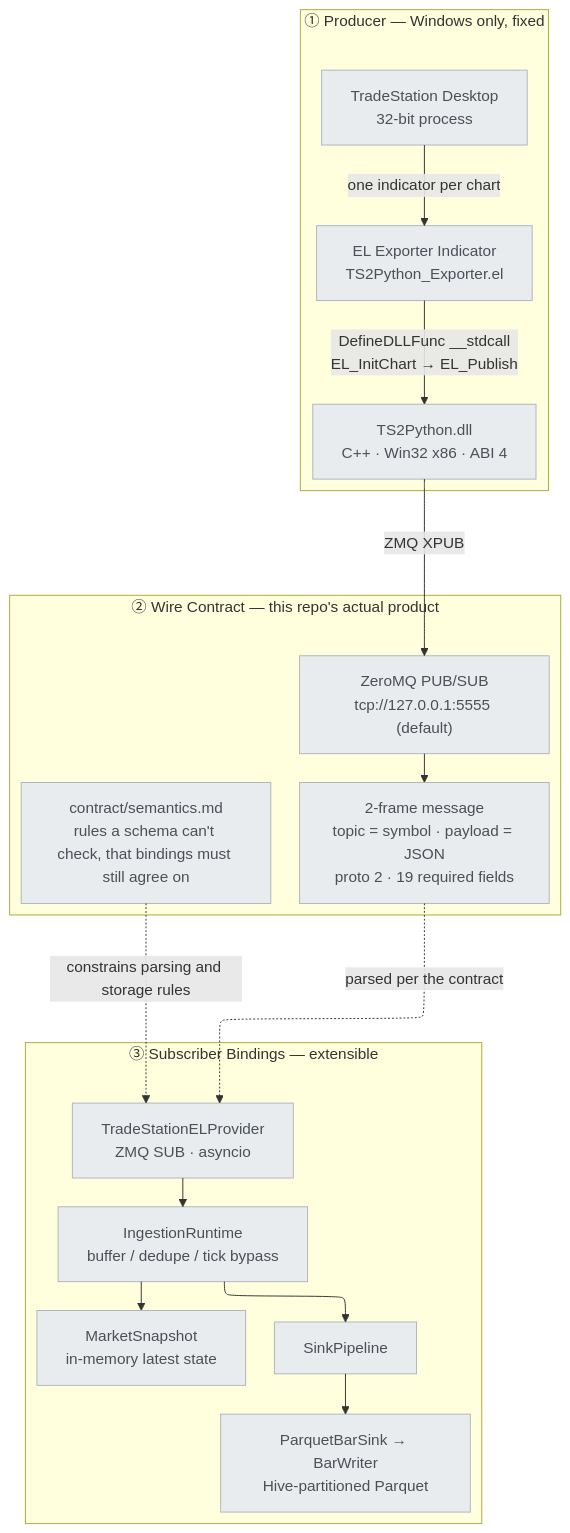
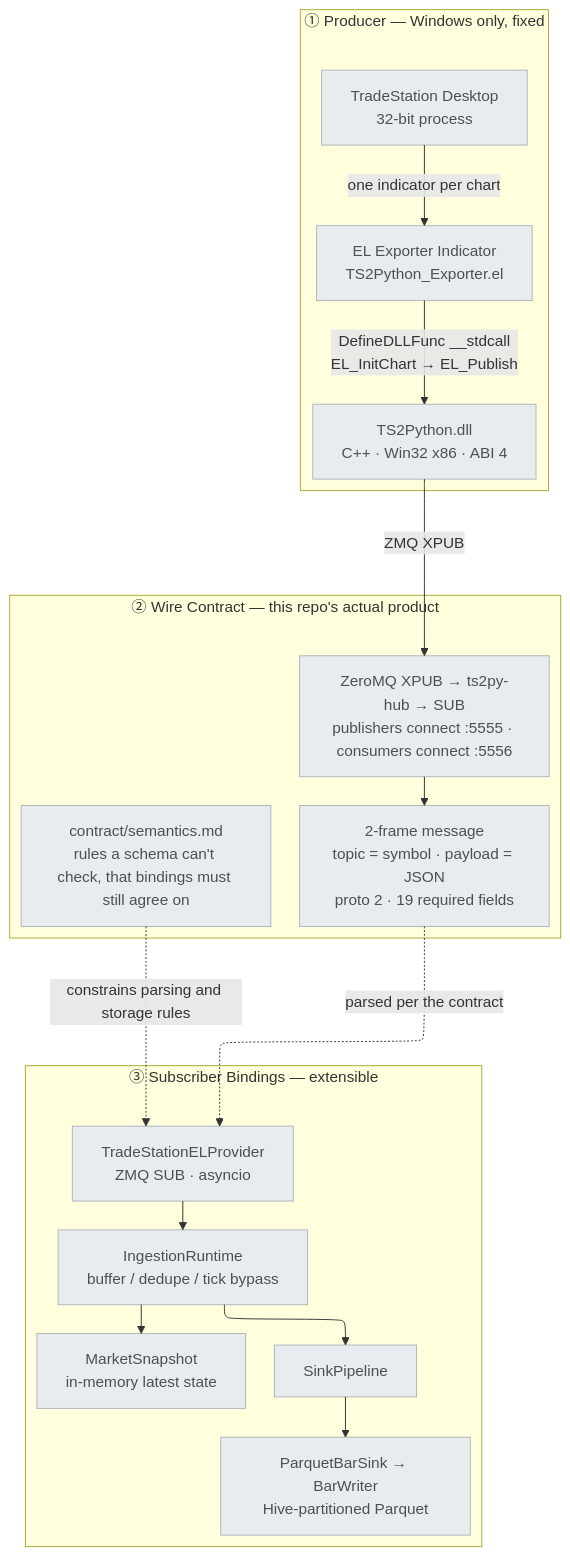
One commit to millerlai/tradestation-data-provider changed the first of 4 diagrams in docs/architecture.md. Above: the diagram before and after it, drawn with Mermaid. The commit also changed other lines of this file and 13 other files, not shown here.

````diff
--- a/docs/architecture.md
+++ b/docs/architecture.md
@@ -52,44 +52,44 @@
 ```mermaid
 ---
 config:
   flowchart:
     defaultRenderer: elk
 ---
 flowchart TB
     subgraph PROD["① Producer — Windows only, fixed"]
         direction TB
         TS["TradeStation Desktop<br/>32-bit process"]
         EL["EL Exporter Indicator<br/>TS2Python_Exporter.el"]
         DLL["TS2Python.dll<br/>C++ · Win32 x86 · ABI 4"]
         TS -->|"one indicator per chart"| EL
         EL -->|"DefineDLLFunc __stdcall<br/>EL_InitChart → EL_Publish"| DLL
     end
 
     subgraph WIRE["② Wire Contract — this repo's actual product"]
         direction TB
-        ZMQ["ZeroMQ PUB/SUB<br/>tcp://127.0.0.1:5555 (default)"]
+        ZMQ["ZeroMQ XPUB → ts2py-hub → SUB<br/>publishers connect :5555 · consumers connect :5556"]
         FRAME["2-frame message<br/>topic = symbol · payload = JSON<br/>proto 2 · 19 required fields"]
         SEM["contract/semantics.md<br/>rules a schema can't check, that bindings must still agree on"]
         ZMQ --> FRAME
     end
 
     subgraph BIND["③ Subscriber Bindings — extensible"]
         direction TB
         SUB["TradeStationELProvider<br/>ZMQ SUB · asyncio"]
         RUNTIME["IngestionRuntime<br/>buffer / dedupe / tick bypass"]
         SNAP["MarketSnapshot<br/>in-memory latest state"]
         PIPE["SinkPipeline"]
         DISK["ParquetBarSink → BarWriter<br/>Hive-partitioned Parquet"]
         SUB --> RUNTIME
         RUNTIME --> SNAP
         RUNTIME --> PIPE
         PIPE --> DISK
     end
 
     DLL -->|"ZMQ XPUB"| ZMQ
     FRAME -.->|"parsed per the contract"| SUB
     SEM -.->|"constrains parsing and storage rules"| SUB
 
     classDef existing fill:#e9ecef,stroke:#adb5bd,color:#495057
     class TS,EL,DLL,ZMQ,FRAME,SEM,SUB,RUNTIME,SNAP,PIPE,DISK existing
 ```
````
